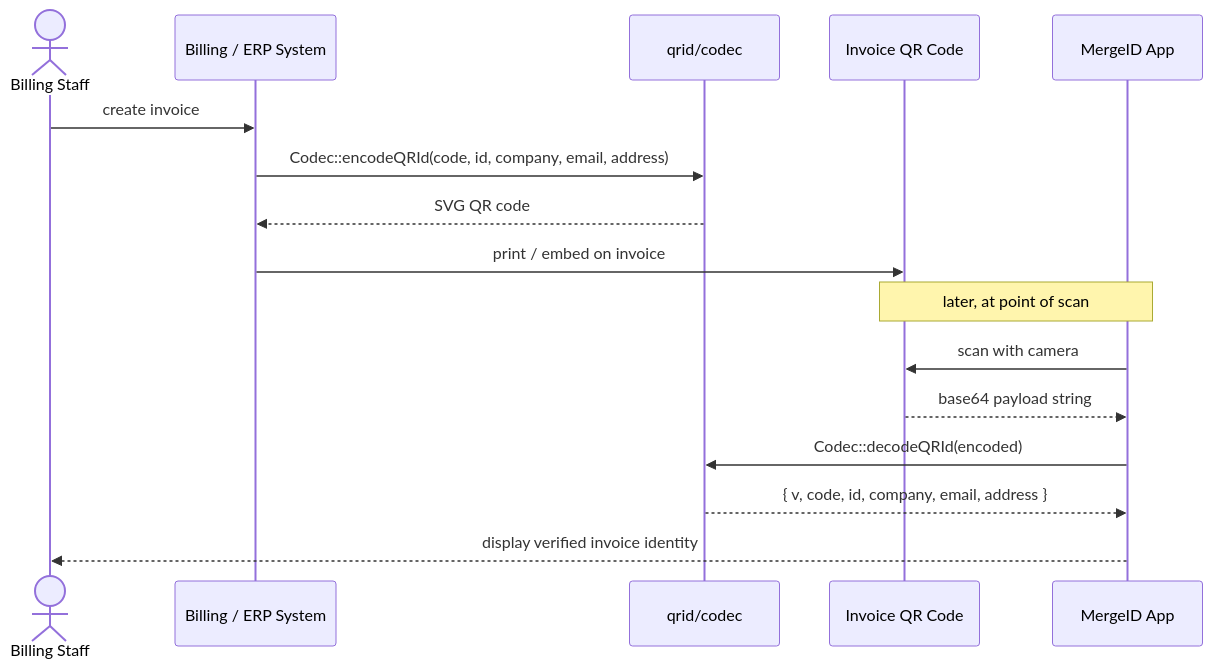
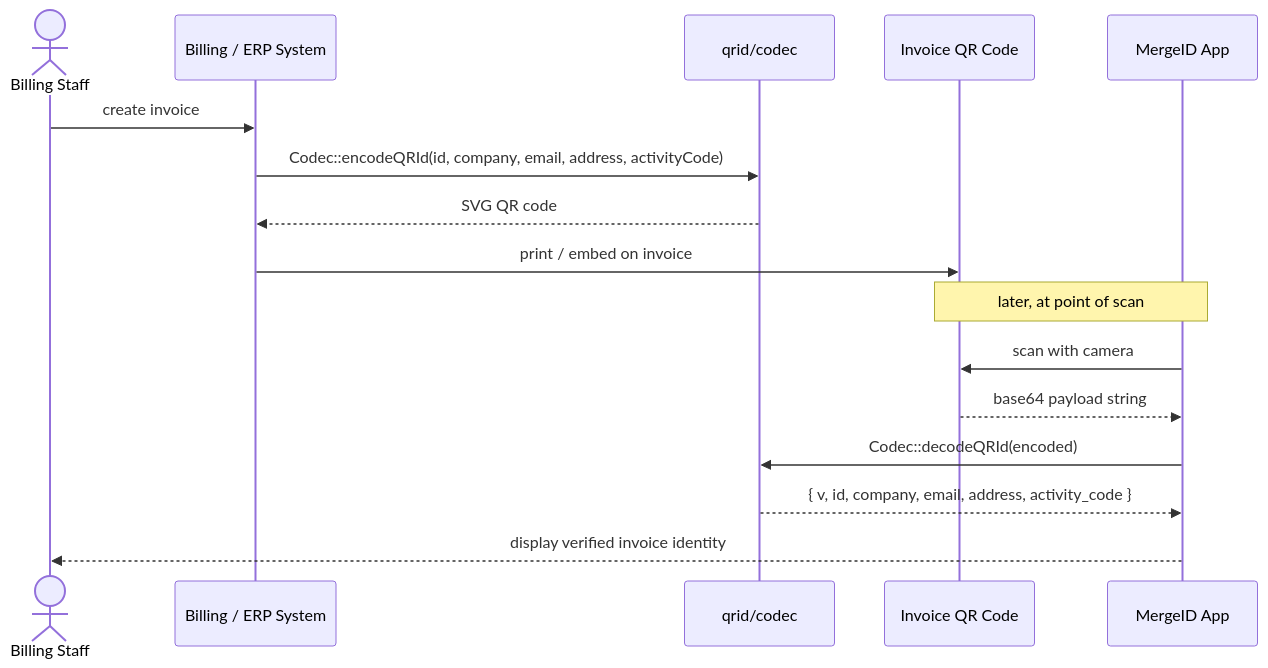
The diagram in README.md (Quality-XP-Development-SESSA/qrid-php), drawn with Mermaid before and after one commit. The commit also changed other lines of this file and 3 other files, not shown here.

First line of the commit message:
Rename code -> activity_code; make it optional (blank by default)

````diff
--- a/README.md
+++ b/README.md
@@ -9,20 +9,20 @@
 ```mermaid
 sequenceDiagram
     actor Staff as Billing Staff
     participant ERP as Billing / ERP System
     participant Lib as qrid/codec
     participant QR as Invoice QR Code
     participant App as MergeID App
 
     Staff->>ERP: create invoice
-    ERP->>Lib: Codec::encodeQRId(code, id, company, email, address)
+    ERP->>Lib: Codec::encodeQRId(id, company, email, address, activityCode)
     Lib-->>ERP: SVG QR code
     ERP->>QR: print / embed on invoice
 
     Note over App,QR: later, at point of scan
     App->>QR: scan with camera
     QR-->>App: base64 payload string
     App->>Lib: Codec::decodeQRId(encoded)
-    Lib-->>App: { v, code, id, company, email, address }
+    Lib-->>App: { v, id, company, email, address, activity_code }
     App-->>Staff: display verified invoice identity
 ```
````
